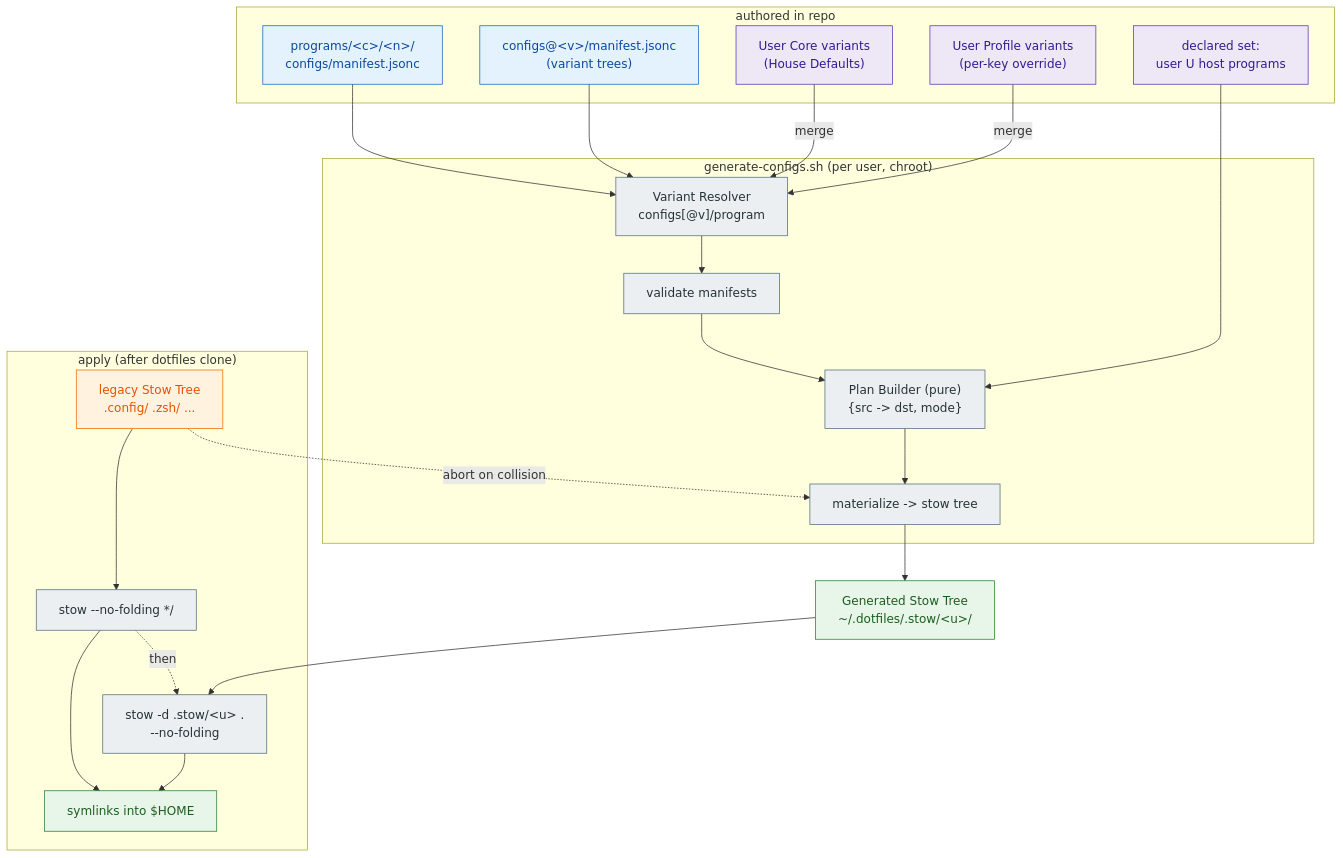
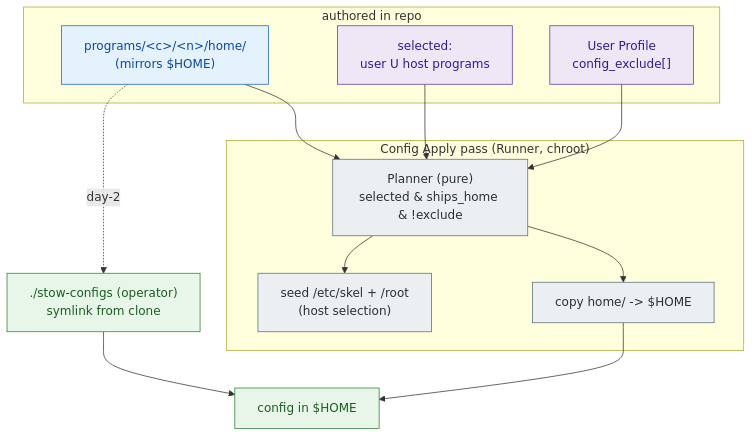
Before and after one commit to Aquastias/Arch-Dotfiles: the fourth of 4 diagrams in .installer/ARCHITECTURE.md, drawn with Mermaid. The commit also changed other lines of this file and 5 other files, not shown here.

````diff
--- a/.installer/ARCHITECTURE.md
+++ b/.installer/ARCHITECTURE.md
@@ -278,43 +279,30 @@
 ```mermaid
 flowchart TD
   classDef src fill:#e3f2fd,stroke:#1565c0,color:#0d47a1
   classDef sel fill:#ede7f6,stroke:#5e35b1,color:#311b92
   classDef proc fill:#eceff1,stroke:#546e7a,color:#263238
   classDef out fill:#e8f5e9,stroke:#2e7d32,color:#1b5e20
   classDef leg fill:#fff3e0,stroke:#ef6c00,color:#e65100
 
   subgraph AUTH["authored in repo"]
-    T0["programs/&lt;c&gt;/&lt;n&gt;/<br/>configs/manifest.jsonc"]:::src
-    TV["configs@&lt;v&gt;/manifest.jsonc<br/>(variant trees)"]:::src
-    UCv["User Core variants<br/>(House Defaults)"]:::sel
-    USv["User Profile variants<br/>(per-key override)"]:::sel
-    DECL["declared set:<br/>user U host programs"]:::sel
+    HSRC["programs/&lt;c&gt;/&lt;n&gt;/home/<br/>(mirrors $HOME)"]:::src
+    SEL["selected:<br/>user U host programs"]:::sel
+    EXCL["User Profile<br/>config_exclude[]"]:::sel
   end
 
-  subgraph GEN["generate-configs.sh (per user, chroot)"]
-    VR["Variant Resolver<br/>configs[@v]/program"]:::proc
-    VAL["validate manifests"]:::proc
-    PB["Plan Builder (pure)<br/>{src -> dst, mode}"]:::proc
-    MAT["materialize -> stow tree"]:::proc
+  subgraph PASS["Config Apply pass (Runner, chroot)"]
+    PLAN["Planner (pure)<br/>selected & ships_home & !exclude"]:::proc
+    CP["copy home/ -> $HOME"]:::proc
+    SKEL["seed /etc/skel + /root<br/>(host selection)"]:::proc
   end
 
-  GST["Generated Stow Tree<br/>~/.dotfiles/.stow/&lt;u&gt;/"]:::out
+  DAY2["./stow-configs (operator)<br/>symlink from clone"]:::out
+  HOMEOUT["config in $HOME"]:::out
 
-  subgraph APPLY["apply (after dotfiles clone)"]
-    LEG["legacy Stow Tree<br/>.config/ .zsh/ ..."]:::leg
-    S1["stow --no-folding */"]:::proc
-    S2["stow -d .stow/&lt;u&gt; .<br/>--no-folding"]:::proc
-    HOME["symlinks into $HOME"]:::out
-  end
-
-  UCv-->|merge|VR
-  USv-->|merge|VR
-  T0-->VR
-  TV-->VR
-  DECL-->PB
-  VR-->VAL-->PB-->MAT-->GST
-  LEG-->S1-->HOME
-  GST-->S2-->HOME
-  S1-.then.->S2
-  LEG-.abort on collision.->MAT
+  HSRC-->PLAN
+  SEL-->PLAN
+  EXCL-->PLAN
+  PLAN-->CP-->HOMEOUT
+  PLAN-->SKEL
+  HSRC-.day-2.->DAY2-->HOMEOUT
 ```
````
